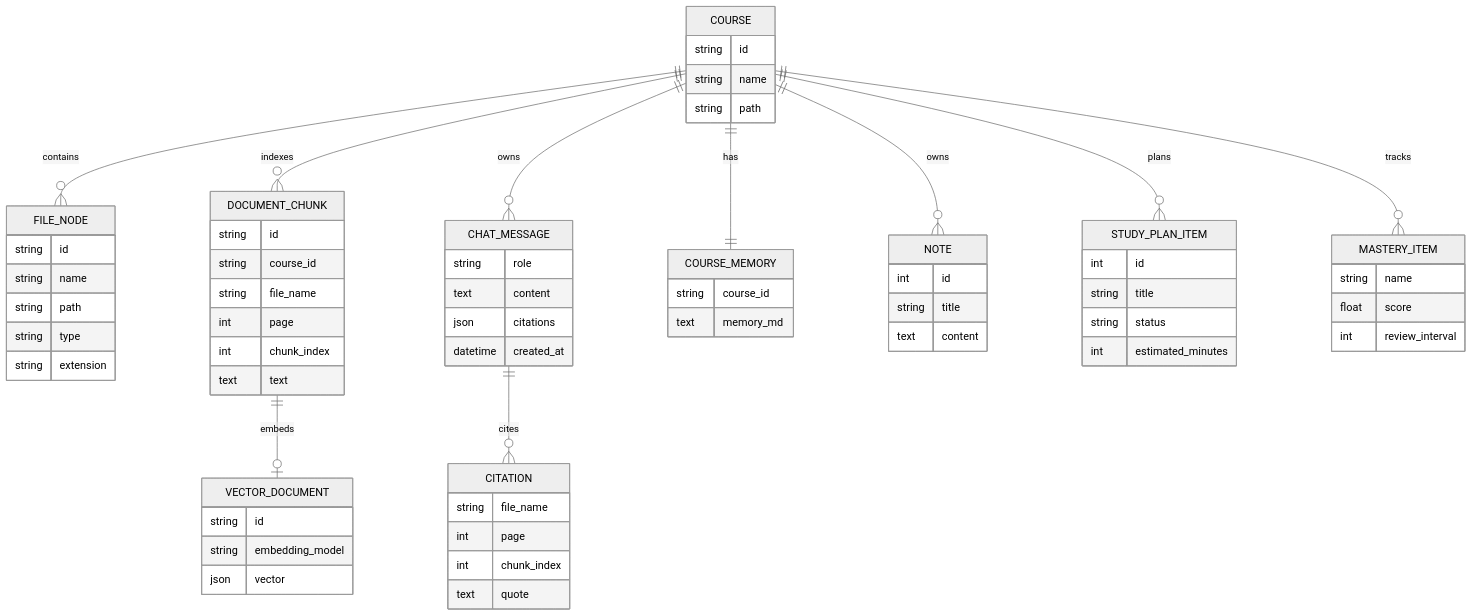
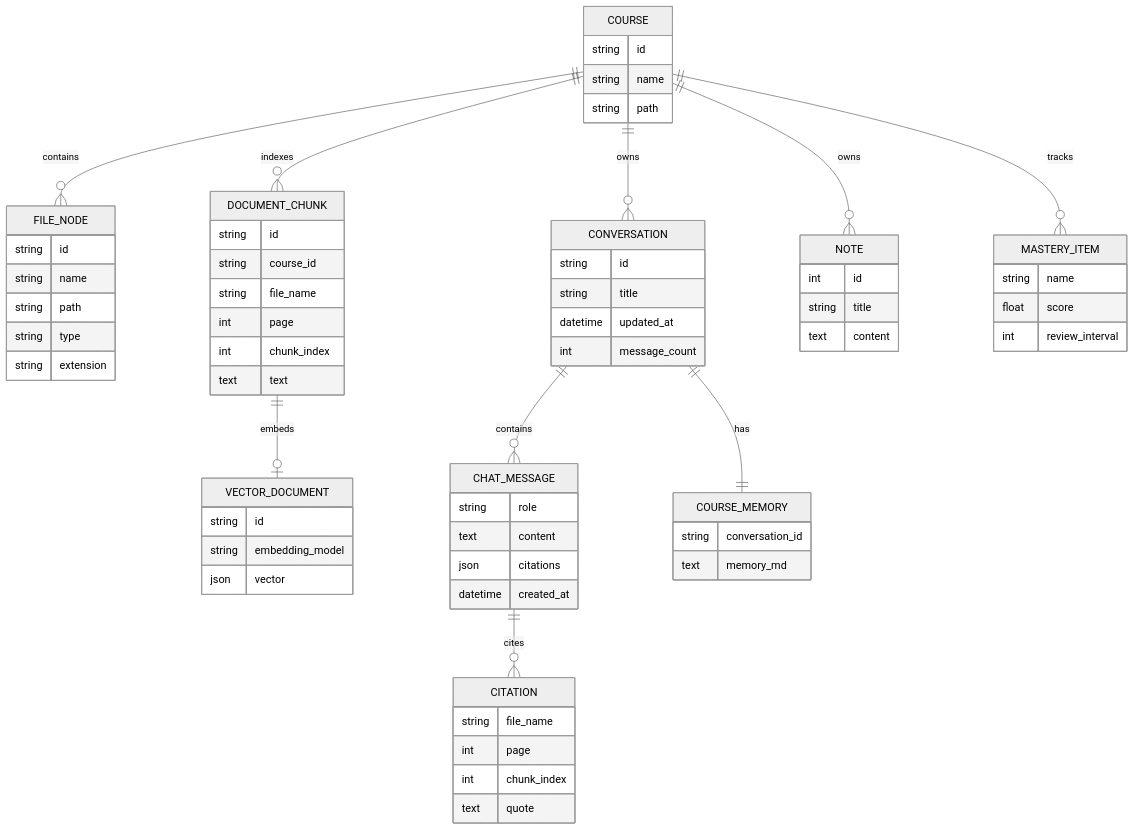
The fourth of 8 diagrams in docs/夏季实训提交材料/大型实习报告.md (LuMH1027/ai-learn-assistant), drawn with Mermaid (neutral theme) before and after one commit. The commit also changed other lines of this file and 50 other files, not shown here.

````diff
--- a/docs/夏季实训提交材料/大型实习报告.md
+++ b/docs/夏季实训提交材料/大型实习报告.md
@@ -178,70 +181,70 @@
 ```mermaid
 erDiagram
     COURSE ||--o{ FILE_NODE : contains
     COURSE ||--o{ DOCUMENT_CHUNK : indexes
     DOCUMENT_CHUNK ||--o| VECTOR_DOCUMENT : embeds
-    COURSE ||--o{ CHAT_MESSAGE : owns
+    COURSE ||--o{ CONVERSATION : owns
+    CONVERSATION ||--o{ CHAT_MESSAGE : contains
+    CONVERSATION ||--|| COURSE_MEMORY : has
     CHAT_MESSAGE ||--o{ CITATION : cites
-    COURSE ||--|| COURSE_MEMORY : has
     COURSE ||--o{ NOTE : owns
-    COURSE ||--o{ STUDY_PLAN_ITEM : plans
     COURSE ||--o{ MASTERY_ITEM : tracks
 
     COURSE {
         string id
         string name
         string path
     }
     FILE_NODE {
         string id
         string name
         string path
         string type
         string extension
     }
     DOCUMENT_CHUNK {
         string id
         string course_id
         string file_name
         int page
         int chunk_index
         text text
     }
     VECTOR_DOCUMENT {
         string id
         string embedding_model
         json vector
     }
+    CONVERSATION {
+        string id
+        string title
+        datetime updated_at
+        int message_count
+    }
     CHAT_MESSAGE {
         string role
         text content
         json citations
         datetime created_at
     }
     CITATION {
         string file_name
         int page
         int chunk_index
         text quote
     }
     COURSE_MEMORY {
-        string course_id
+        string conversation_id
         text memory_md
     }
     NOTE {
         int id
         string title
         text content
     }
-    STUDY_PLAN_ITEM {
-        int id
-        string title
-        string status
-        int estimated_minutes
-    }
     MASTERY_ITEM {
         string name
         float score
         int review_interval
     }
 ```
````
